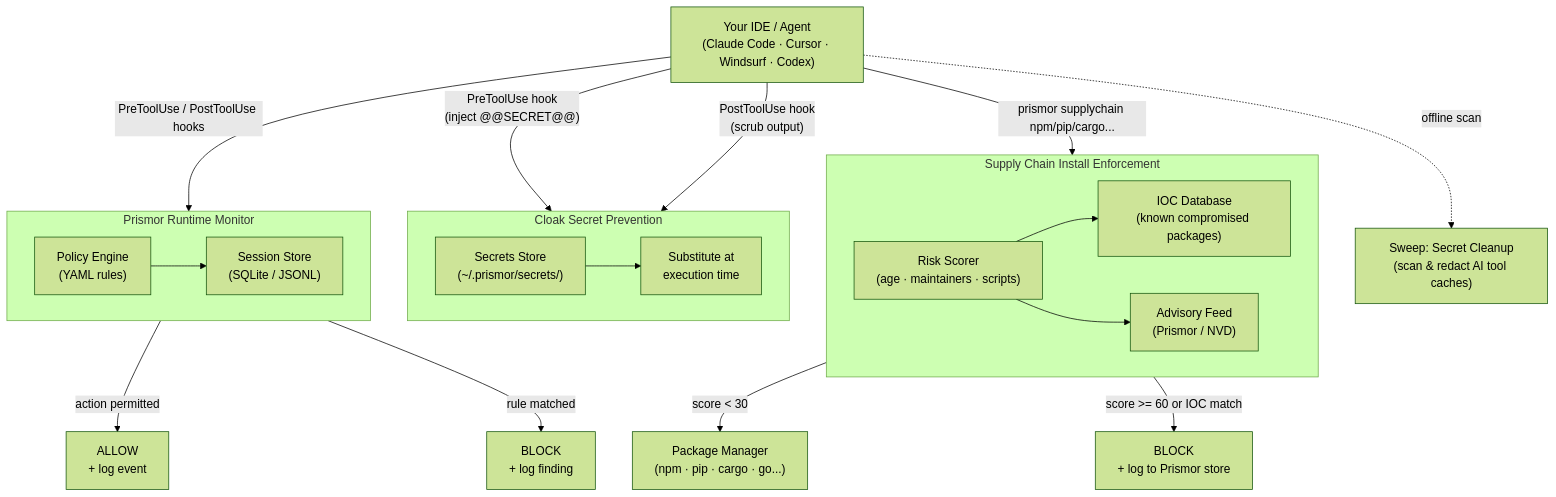
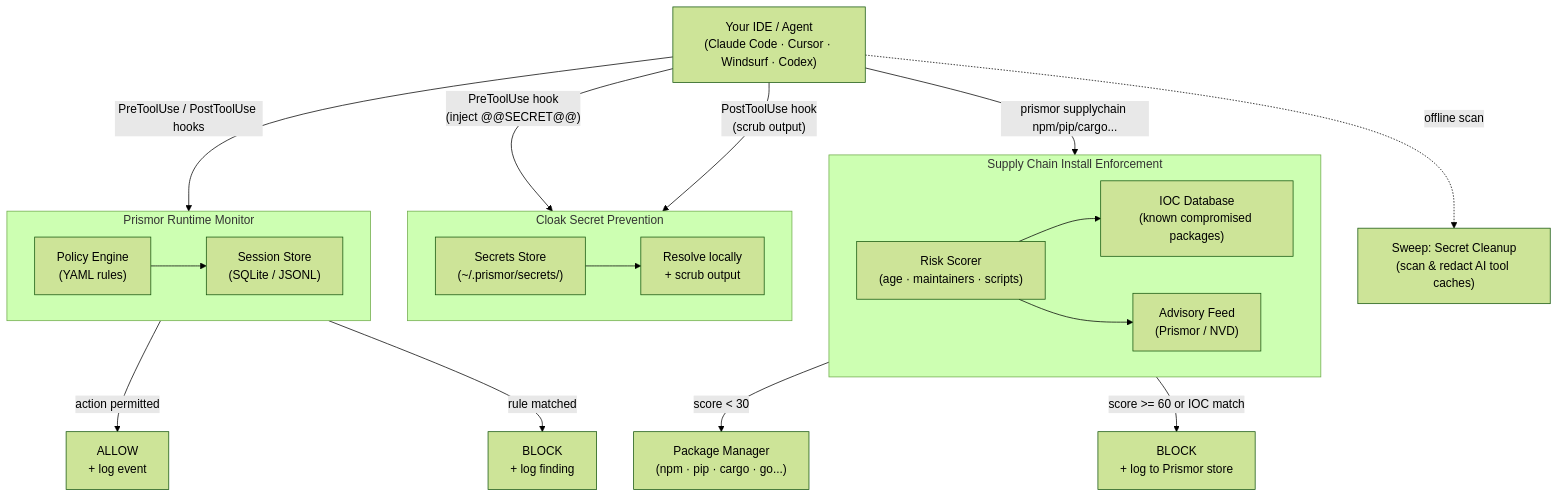
The diagram in README.md (Madhumasa84/prismor), drawn with Mermaid (forest theme) before and after one commit. The commit also changed other lines of this file and 15 other files, not shown here.

````diff
--- a/README.md
+++ b/README.md
@@ -304,40 +304,40 @@
 ```mermaid
 flowchart TD
     IDE["Your IDE / Agent\n(Claude Code · Cursor · Windsurf · Codex)"]
 
     IDE -->|"PreToolUse / PostToolUse hooks"| Prismor
 
     subgraph Prismor["Prismor Runtime Monitor"]
         Policy["Policy Engine\n(YAML rules)"]
         Session["Session Store\n(SQLite / JSONL)"]
         Policy --> Session
     end
 
     Prismor -->|"action permitted"| Allow["ALLOW\n+ log event"]
     Prismor -->|"rule matched"| Block["BLOCK\n+ log finding"]
 
     IDE -->|"PreToolUse hook\n(inject @@SECRET@@)"| Cloak
     IDE -->|"PostToolUse hook\n(scrub output)"| Cloak
 
     subgraph Cloak["Cloak Secret Prevention"]
         Store["Secrets Store\n(~/.prismor/secrets/)"]
-        Cloak_Hook["Substitute at\nexecution time"]
+    Cloak_Hook["Resolve locally\n+ scrub output"]
         Store --> Cloak_Hook
     end
 
     Sweep["Sweep: Secret Cleanup\n(scan & redact AI tool caches)"]
     IDE -.->|"offline scan"| Sweep
 
     IDE -->|"prismor supplychain npm/pip/cargo..."| SC
 
     subgraph SC["Supply Chain Install Enforcement"]
         Scorer["Risk Scorer\n(age · maintainers · scripts)"]
         IOC["IOC Database\n(known compromised packages)"]
         Feed["Advisory Feed\n(Prismor / NVD)"]
         Scorer --> IOC
         Scorer --> Feed
     end
 
     SC -->|"score < 30"| PkgMgr["Package Manager\n(npm · pip · cargo · go...)"]
     SC -->|"score >= 60 or IOC match"| SCBlock["BLOCK\n+ log to Prismor store"]
 ```
````
